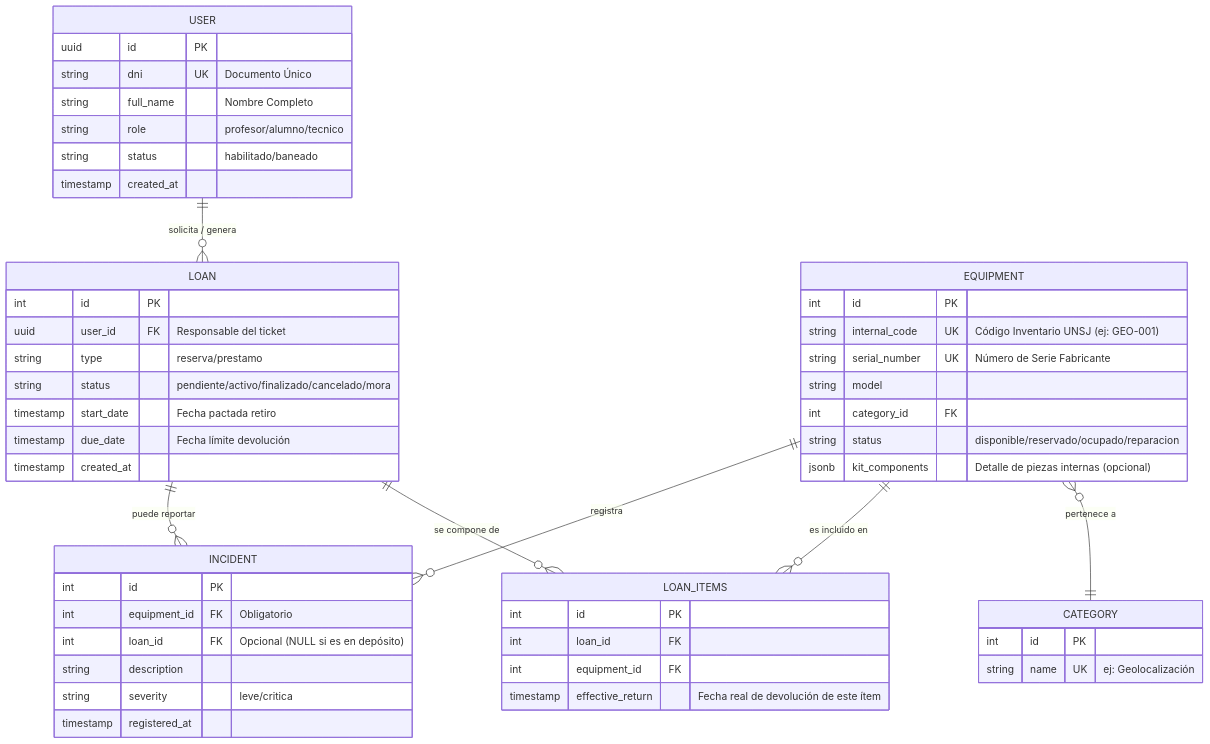
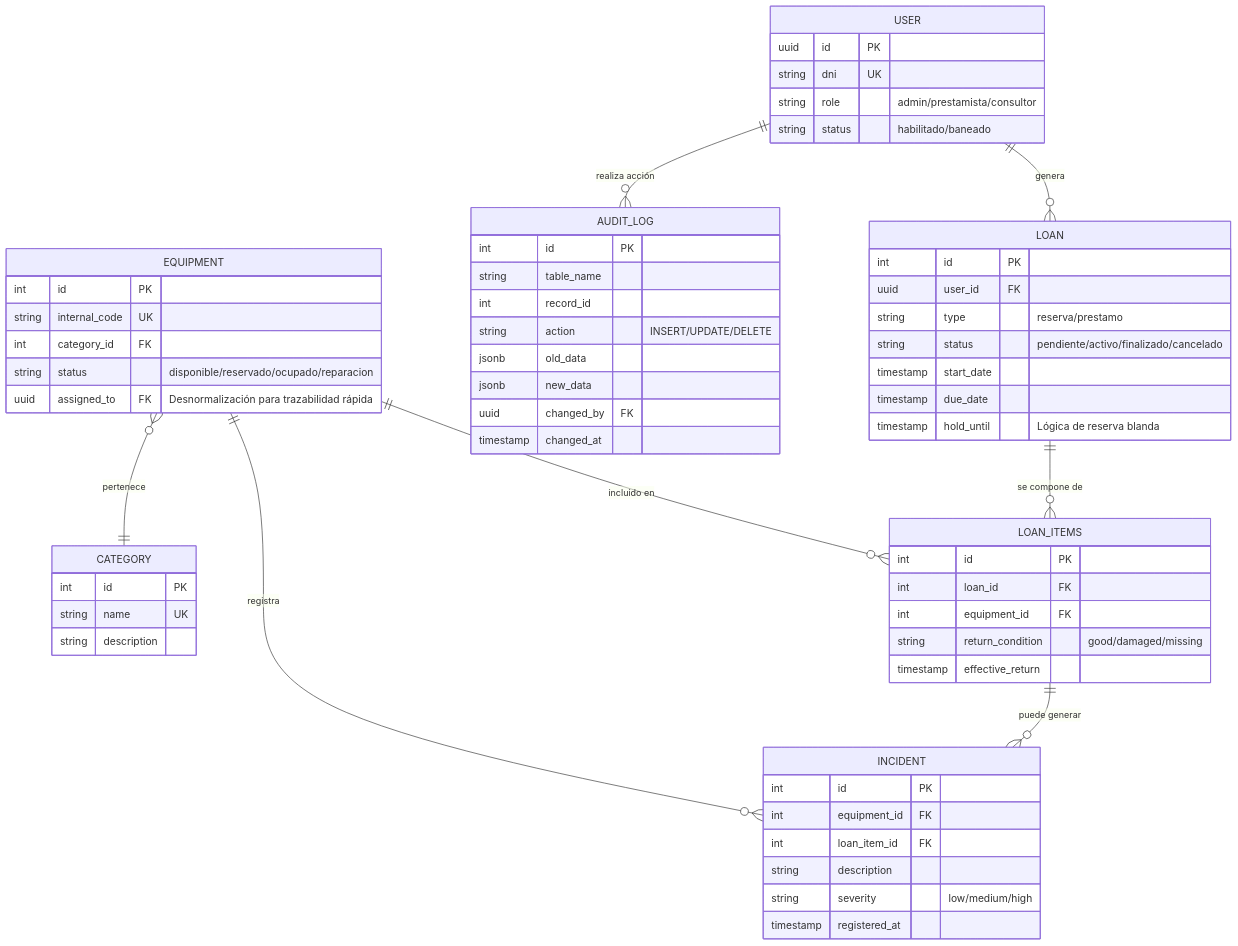
The diagram in docs/MODELO_DATOS.md (elpocitano/smartstock-fcefn), drawn with Mermaid before and after one commit. The commit also changed other lines of this file and 3 other files, not shown here.

````diff
--- a/docs/MODELO_DATOS.md
+++ b/docs/MODELO_DATOS.md
@@ -13,62 +7,71 @@
 ```mermaid
 erDiagram
-    %% --- Entidades Principales (Fuertes) ---
-    USER ||--o{ LOAN : "solicita / genera"
-    EQUIPMENT }o--|| CATEGORY : "pertenece a"
+    %% --- RELACIONES ---
+    USER ||--o{ LOAN : "genera"
+    USER ||--o{ AUDIT_LOG : "realiza acción"
+    EQUIPMENT }o--|| CATEGORY : "pertenece"
+    EQUIPMENT ||--o{ LOAN_ITEMS : "incluido en"
+    EQUIPMENT ||--o{ INCIDENT : "registra"
+    LOAN ||--o{ LOAN_ITEMS : "se compone de"
+    LOAN_ITEMS ||--o{ INCIDENT : "puede generar"
 
-    %% --- Entidades Asociativas y Transaccionales ---
-    EQUIPMENT ||--o{ LOAN_ITEMS : "es incluido en"
-    LOAN ||--o{ LOAN_ITEMS : "se compone de"
-    EQUIPMENT ||--o{ INCIDENT : "registra"
-    LOAN ||--o{ INCIDENT : "puede reportar"
-
+    %% --- ENTIDADES ---
     USER {
         uuid id PK
-        string dni UK "Documento Único"
-        string full_name "Nombre Completo"
-        string role "profesor/alumno/tecnico"
+        string dni UK
+        string role "admin/prestamista/consultor"
         string status "habilitado/baneado"
-        timestamp created_at
     }
 
     EQUIPMENT {
         int id PK
-        string internal_code UK "Código Inventario UNSJ (ej: GEO-001)"
-        string serial_number UK "Número de Serie Fabricante"
-        string model
+        string internal_code UK
         int category_id FK
         string status "disponible/reservado/ocupado/reparacion"
-        jsonb kit_components "Detalle de piezas internas (opcional)"
+        uuid assigned_to FK "Desnormalización para trazabilidad rápida"
+    }
+
+    CATEGORY {
+        int id PK
+        string name UK
+        string description
     }
 
     LOAN {
         int id PK
-        uuid user_id FK "Responsable del ticket"
+        uuid user_id FK
         string type "reserva/prestamo"
-        string status "pendiente/activo/finalizado/cancelado/mora"
-        timestamp start_date "Fecha pactada retiro"
-        timestamp due_date "Fecha límite devolución"
-        timestamp created_at
+        string status "pendiente/activo/finalizado/cancelado"
+        timestamp start_date
+        timestamp due_date
+        timestamp hold_until "Lógica de reserva blanda"
     }
 
     LOAN_ITEMS {
         int id PK
         int loan_id FK
         int equipment_id FK
-        timestamp effective_return "Fecha real de devolución de este ítem"
-    }
-
-    CATEGORY {
-        int id PK
-        string name UK "ej: Geolocalización"
+        string return_condition "good/damaged/missing"
+        timestamp effective_return
     }
 
     INCIDENT {
         int id PK
-        int equipment_id FK "Obligatorio"
-        int loan_id FK "Opcional (NULL si es en depósito)"
+        int equipment_id FK
+        int loan_item_id FK
         string description
-        string severity "leve/critica"
+        string severity "low/medium/high"
         timestamp registered_at
     }
+
+    AUDIT_LOG {
+        int id PK
+        string table_name
+        int record_id
+        string action "INSERT/UPDATE/DELETE"
+        jsonb old_data
+        jsonb new_data
+        uuid changed_by FK
+        timestamp changed_at
+    }
 ```
````
